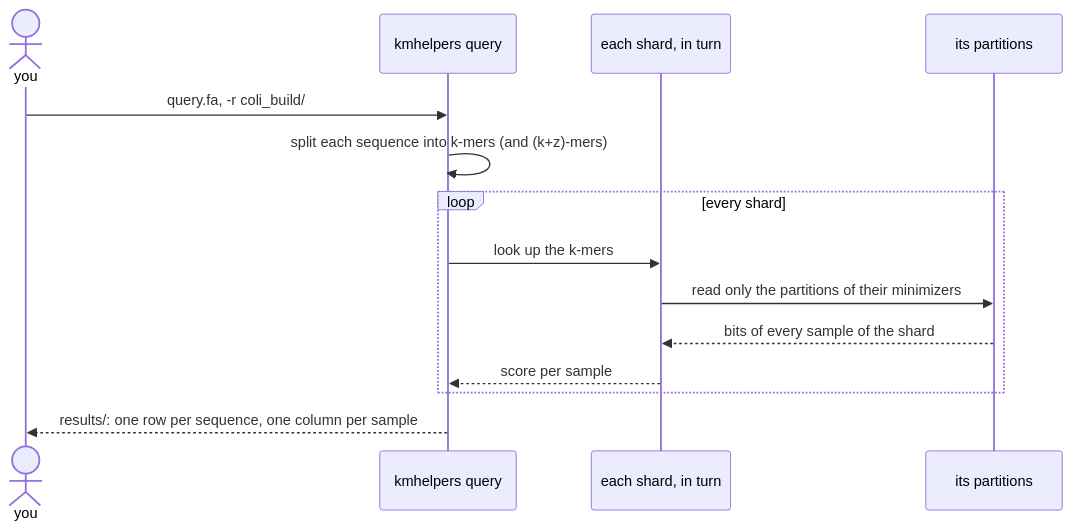
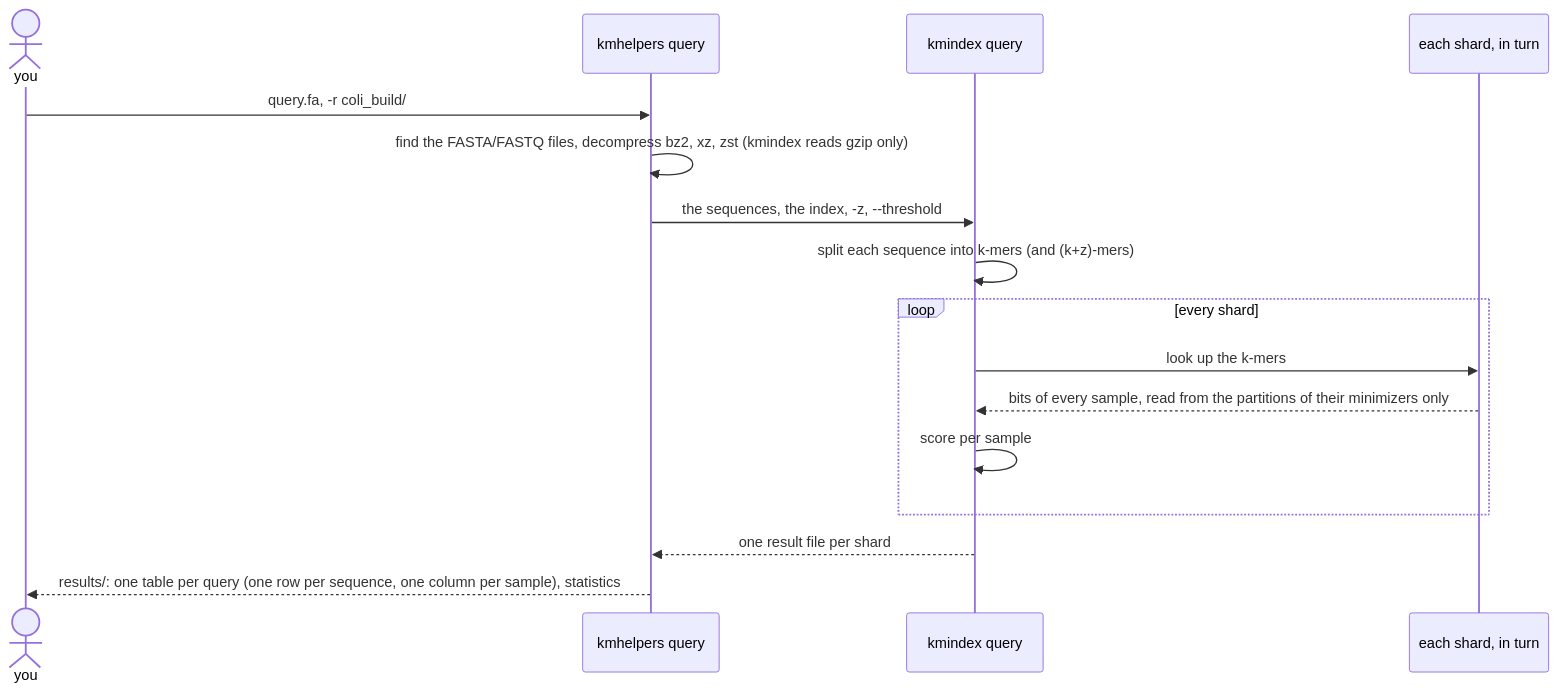
The second of 2 diagrams in docs/concepts/kmindex-index.md (sebllns/kmhelpers), drawn with Mermaid before and after one commit. The commit also changed other lines of this file, not shown here.

Commit message:
Docs: a query is kmhelpers wrapping kmindex query
The sequence diagram shows what kmhelpers does (files, decompression, merging the results into tables) and what kmindex does (k-mers, shards, partitions, scores).

````diff
--- a/docs/concepts/kmindex-index.md
+++ b/docs/concepts/kmindex-index.md
@@ -85,16 +88,18 @@
 ```mermaid
 sequenceDiagram
     actor U as you
     participant Q as kmhelpers query
+    participant K as kmindex query
     participant S as each shard, in turn
-    participant P as its partitions
     U->>Q: query.fa, -r coli_build/
-    Q->>Q: split each sequence into k-mers (and (k+z)-mers)
+    Q->>Q: find the FASTA/FASTQ files, decompress bz2, xz, zst (kmindex reads gzip only)
+    Q->>K: the sequences, the index, -z, --threshold
+    K->>K: split each sequence into k-mers (and (k+z)-mers)
     loop every shard
-        Q->>S: look up the k-mers
-        S->>P: read only the partitions of their minimizers
-        P-->>S: bits of every sample of the shard
-        S-->>Q: score per sample
+        K->>S: look up the k-mers
+        S-->>K: bits of every sample, read from the partitions of their minimizers only
+        K->>K: score per sample
     end
-    Q-->>U: results/: one row per sequence, one column per sample
+    K-->>Q: one result file per shard
+    Q-->>U: results/: one table per query (one row per sequence, one column per sample), statistics
 ```
````
